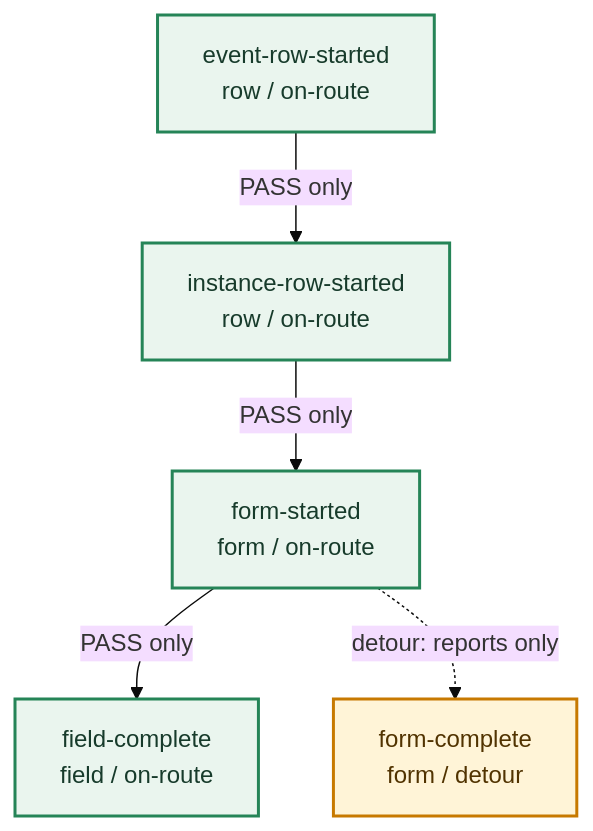
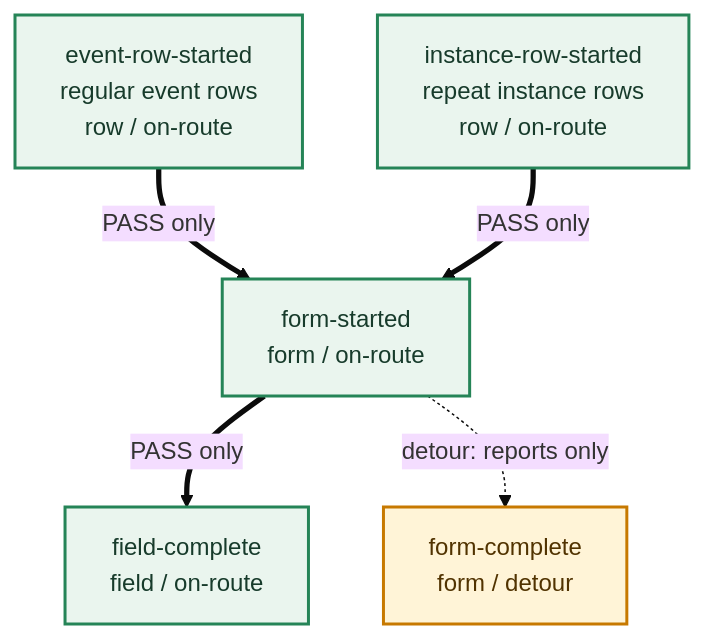
The diagram in README.Rmd (blankuzr/redcapmissing), drawn with Mermaid (base theme) before and after one commit. The commit also changed other lines of this file and 3 other files, not shown here.

Commit message:
Clarify README row validation flow

````diff
--- a/README.Rmd
+++ b/README.Rmd
@@ -59,12 +61,12 @@
 ```mermaid
 flowchart TB
-  A["event-row-started<br/>row / on-route"] -->|"PASS only"| B["instance-row-started<br/>row / on-route"]
-  B -->|"PASS only"| C["form-started<br/>form / on-route"]
-  C -->|"PASS only"| E["field-complete<br/>field / on-route"]
+  A["event-row-started<br/>regular event rows<br/>row / on-route"] ==>|"PASS only"| C["form-started<br/>form / on-route"]
+  B["instance-row-started<br/>repeat instance rows<br/>row / on-route"] ==>|"PASS only"| C
+  C ==>|"PASS only"| E["field-complete<br/>field / on-route"]
   C -. "detour: reports only" .-> D["form-complete<br/>form / detour"]
 
   classDef onRoute fill:#eaf5ee,stroke:#258457,color:#173b2b,stroke-width:2px;
   classDef detour fill:#fff4d7,stroke:#c77900,color:#513300,stroke-width:2px;
   class A,B,C,E onRoute;
   class D detour;
 ```
````
